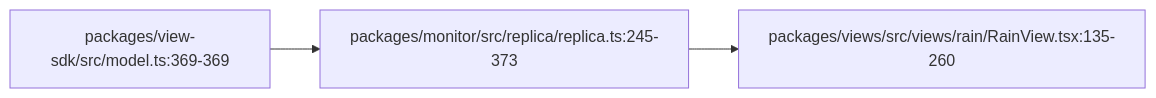
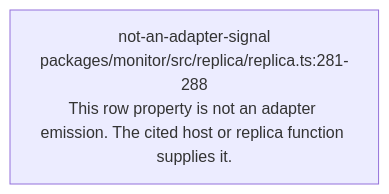
Before and after one commit to vibefield/puppeteer: the diagram in audit/godview/evidence/antigravity/attachment.colour.mmd, drawn with Mermaid. The commit also changed 746 other files, not shown here.

First line of the commit message:
Apply adapter-specific UI reachability to first-half monitor traces.

```diff
--- a/audit/godview/evidence/antigravity/attachment.colour.mmd
+++ b/audit/godview/evidence/antigravity/attachment.colour.mmd
@@ -1,9 +1,5 @@
-%% graph_ref: path.window
-%% shared_map: 07e71c9bcb9532fc181e3f667f2d0ed2e7c9afaf
+%% field: field.attachment.colour
+%% adapter: antigravity
 %% forensic: source-read 748d015a7e393112e0a91dad80111fdf5abe6583; not a live sample
-flowchart LR
-  n0["packages/view-sdk/src/model.ts:369-369"]
-  n1["packages/monitor/src/replica/replica.ts:245-373"]
-  n0 --> n1
-  n2["packages/views/src/views/rain/RainView.tsx:135-260"]
-  n1 --> n2
+flowchart TD
+  n0["not-an-adapter-signal\npackages/monitor/src/replica/replica.ts:281-288\nThis row property is not an adapter emission. The cited host or replica function supplies it."]
```
